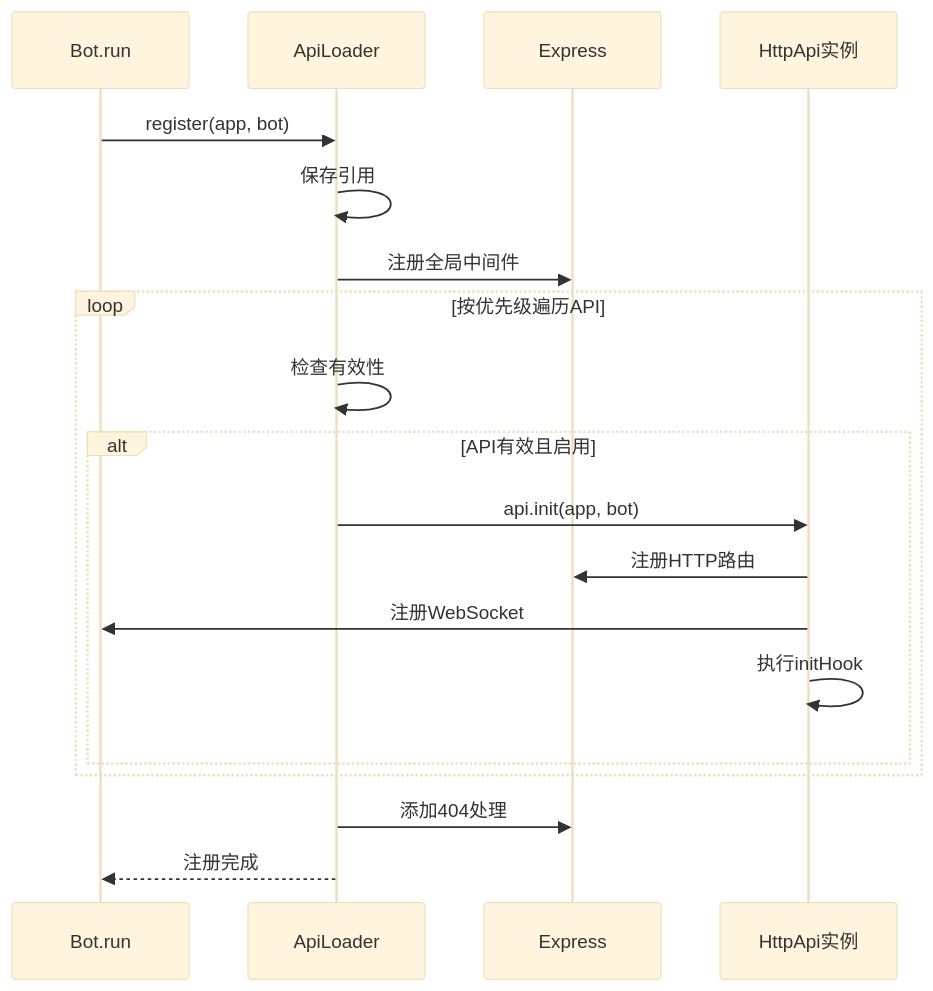
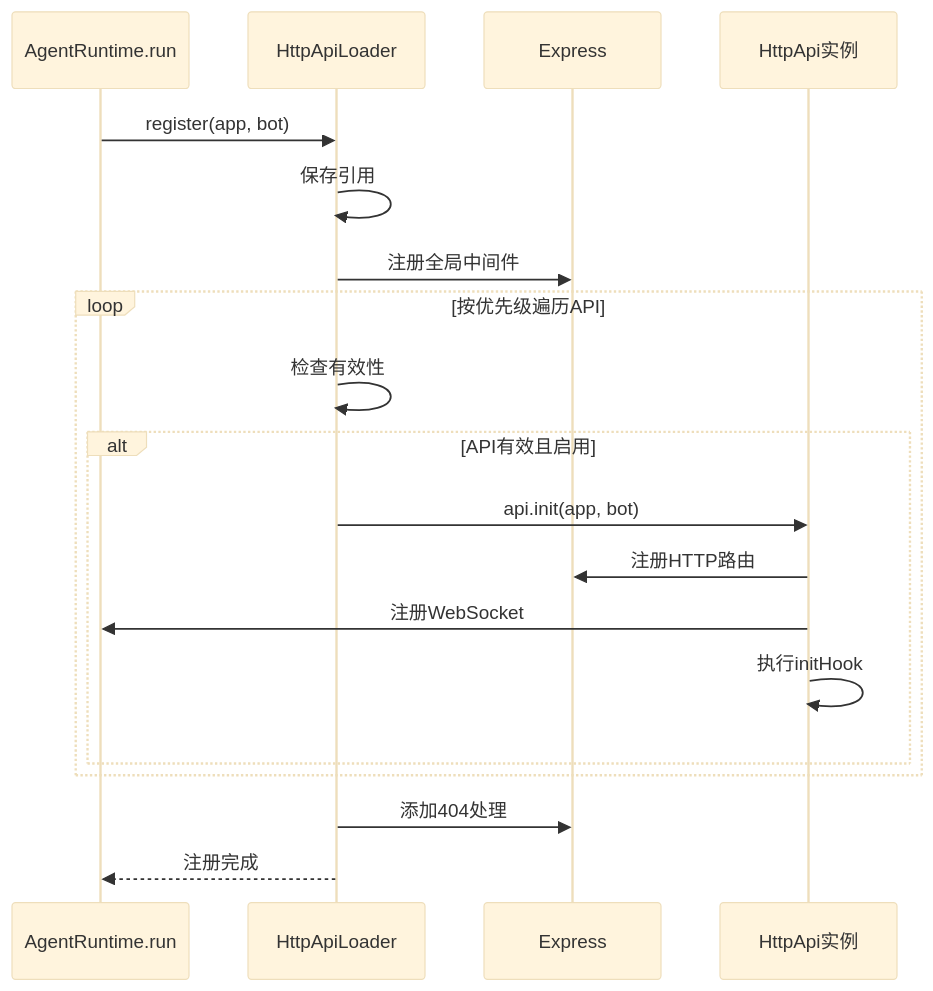
Before and after one commit to sunflowermm/XRK-AGT: the second of 4 diagrams in docs/api-loader.md, drawn with Mermaid (base theme). The commit also changed other lines of this file and 315 other files, not shown here.

````diff
--- a/docs/api-loader.md
+++ b/docs/api-loader.md
@@ -93,22 +93,22 @@
 ```mermaid
 sequenceDiagram
-    participant Bot as Bot.run
-    participant Loader as ApiLoader
+    participant AgentRuntime as AgentRuntime.run
+    participant Loader as HttpApiLoader
     participant Express as Express
     participant API as HttpApi实例
     
-    Bot->>Loader: register(app, bot)
+    AgentRuntime->>Loader: register(app, bot)
     Loader->>Loader: 保存引用
     Loader->>Express: 注册全局中间件
     loop 按优先级遍历API
         Loader->>Loader: 检查有效性
         alt API有效且启用
             Loader->>API: api.init(app, bot)
             API->>Express: 注册HTTP路由
-            API->>Bot: 注册WebSocket
+            API->>AgentRuntime: 注册WebSocket
             API->>API: 执行initHook
         end
     end
     Loader->>Express: 添加404处理
-    Loader-->>Bot: 注册完成
+    Loader-->>AgentRuntime: 注册完成
 ```
````
